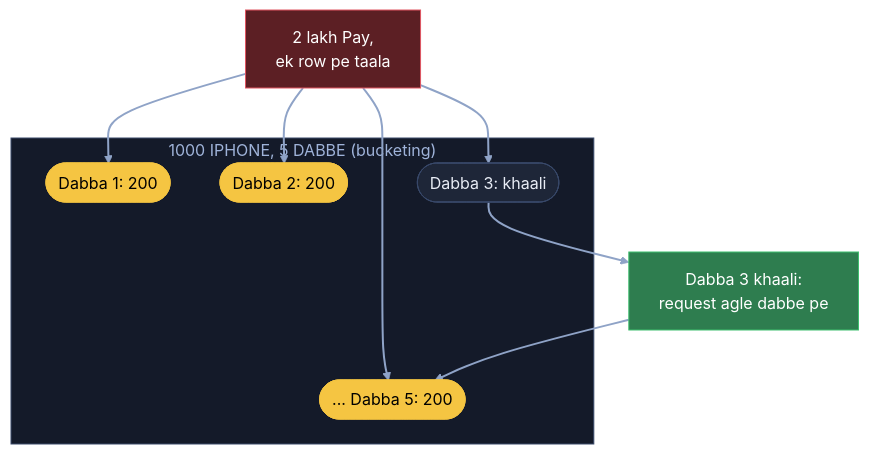
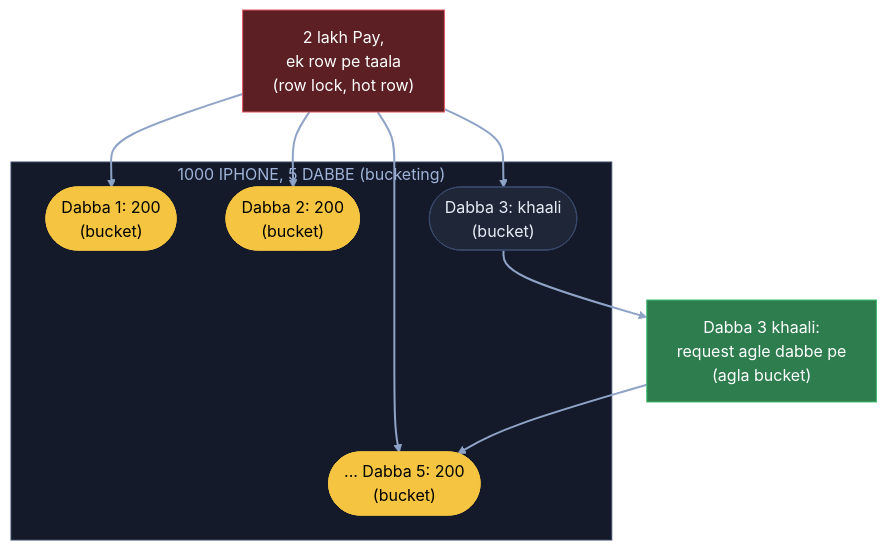
One commit to ArpanMaheshwari144/Prep changed the second of 8 diagrams in 04_HLD/SYSTEM_DESIGNS/21_inventory_system/21_inventory_system.md. Above: the diagram before and after it, drawn with Mermaid (neutral theme). The commit also changed other lines of this file and 20 other files, not shown here.

Commit message:
HLD main files: diagram me kahani shabd + bracket me asli naam (21 design, 182 label)

````diff
--- a/04_HLD/SYSTEM_DESIGNS/21_inventory_system/21_inventory_system.md
+++ b/04_HLD/SYSTEM_DESIGNS/21_inventory_system/21_inventory_system.md
@@ -129,23 +129,23 @@
 ```mermaid
 flowchart TB
-    X["2 lakh Pay,<br/>ek row pe taala"]:::bad
+    X["2 lakh Pay,<br/>ek row pe taala<br/>(row lock, hot row)"]:::bad
     subgraph BK["1000 IPHONE, 5 DABBE (bucketing)"]
-        B1(["Dabba 1: 200"]):::pill
-        B2(["Dabba 2: 200"]):::pill
-        B3(["Dabba 3: khaali"]):::card
-        B5(["... Dabba 5: 200"]):::pill
+        B1(["Dabba 1: 200<br/>(bucket)"]):::pill
+        B2(["Dabba 2: 200<br/>(bucket)"]):::pill
+        B3(["Dabba 3: khaali<br/>(bucket)"]):::card
+        B5(["... Dabba 5: 200<br/>(bucket)"]):::pill
     end
-    M["Dabba 3 khaali:<br/>request agle dabbe pe"]:::good
+    M["Dabba 3 khaali:<br/>request agle dabbe pe<br/>(agla bucket)"]:::good
     X --> B1
     X --> B2
     X --> B3
     X --> B5
     B3 --> M
     M --> B5
     linkStyle default stroke:#8fa3c7,stroke-width:2px
     classDef card fill:#1e2638,stroke:#3a4a6b,color:#e8ecf5
     classDef pill fill:#f5c542,stroke:#f5c542,color:#000
     classDef good fill:#2e7d4f,stroke:#3fbf6f,color:#fff
     classDef bad fill:#5c1f24,stroke:#e05561,color:#fff
     style BK fill:#141a29,stroke:#3a4a6b,color:#9fb3d9
 ```
````
